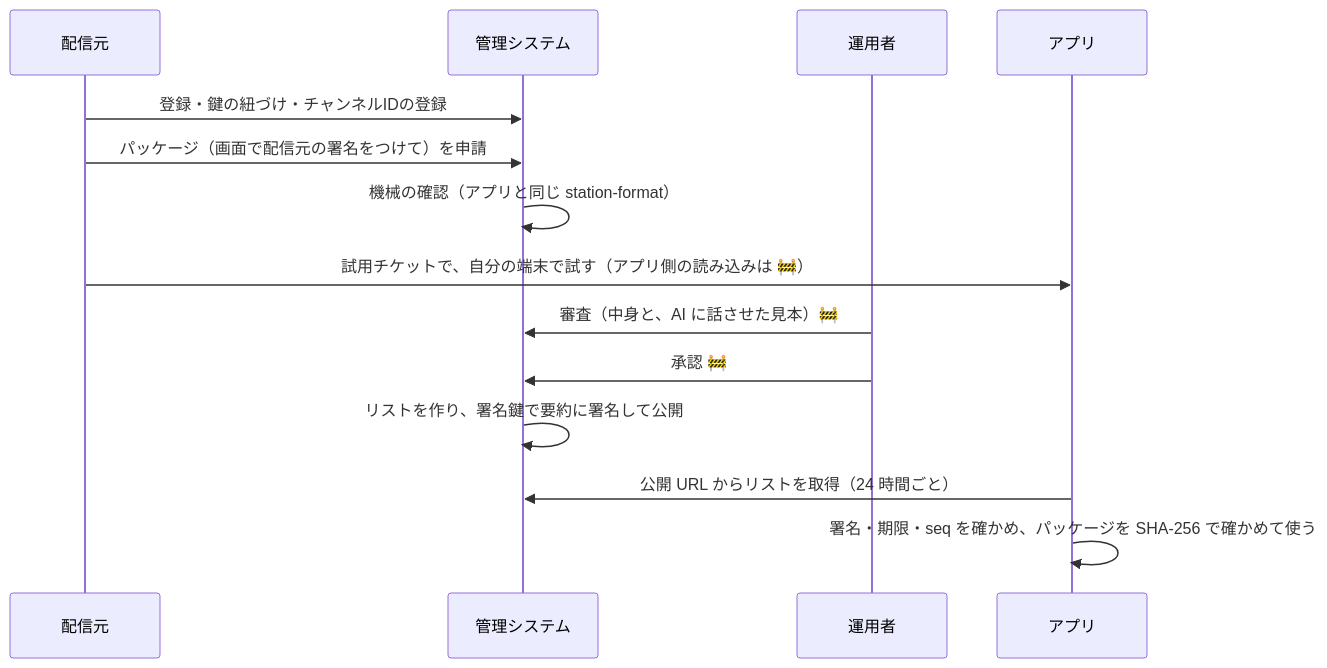
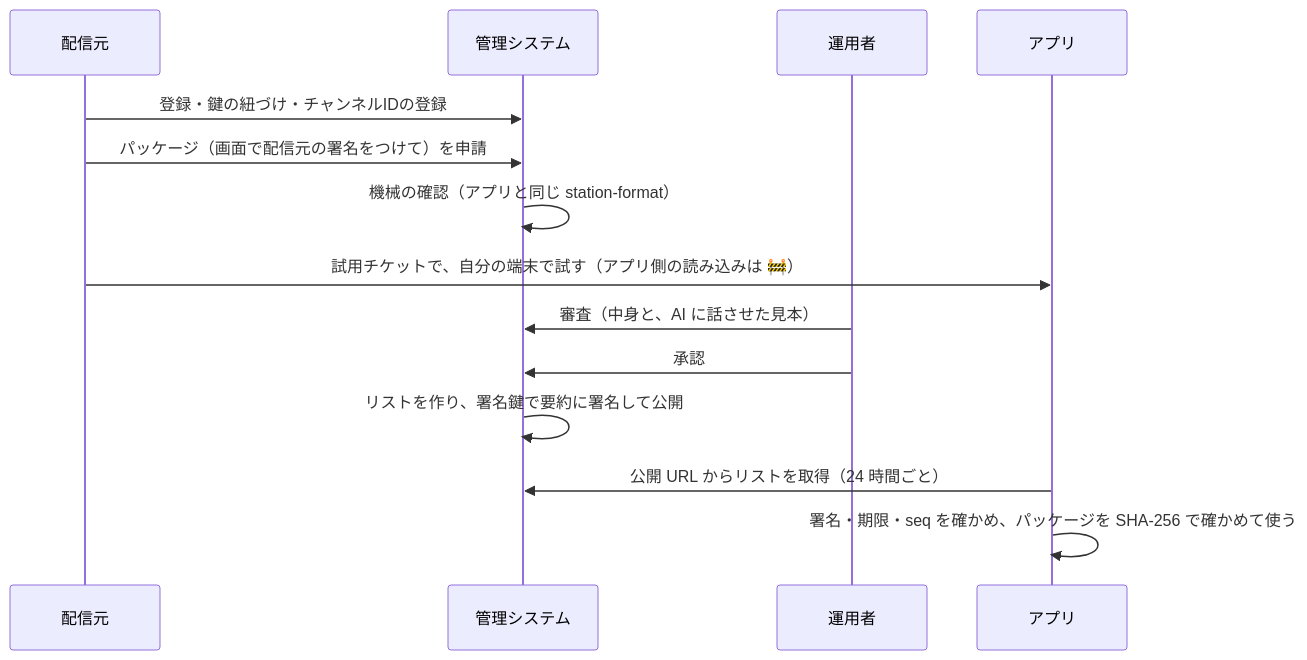
The second of 3 diagrams in docs/guide/concepts.md (duwenji/sanpo-channel-console), drawn with Mermaid before and after one commit. The commit also changed other lines of this file and 28 other files, not shown here.

````diff
--- a/docs/guide/concepts.md
+++ b/docs/guide/concepts.md
@@ -36,16 +36,16 @@
 ```mermaid
 sequenceDiagram
     participant P as 配信元
     participant M as 管理システム
     participant O as 運用者
     participant A as アプリ
     P->>M: 登録・鍵の紐づけ・チャンネルIDの登録
     P->>M: パッケージ（画面で配信元の署名をつけて）を申請
     M->>M: 機械の確認（アプリと同じ station-format）
     P->>A: 試用チケットで、自分の端末で試す（アプリ側の読み込みは 🚧）
-    O->>M: 審査（中身と、AI に話させた見本）🚧
-    O->>M: 承認 🚧
+    O->>M: 審査（中身と、AI に話させた見本）
+    O->>M: 承認
     M->>M: リストを作り、署名鍵で要約に署名して公開
     A->>M: 公開 URL からリストを取得（24 時間ごと）
     A->>A: 署名・期限・seq を確かめ、パッケージを SHA-256 で確かめて使う
 ```
````
